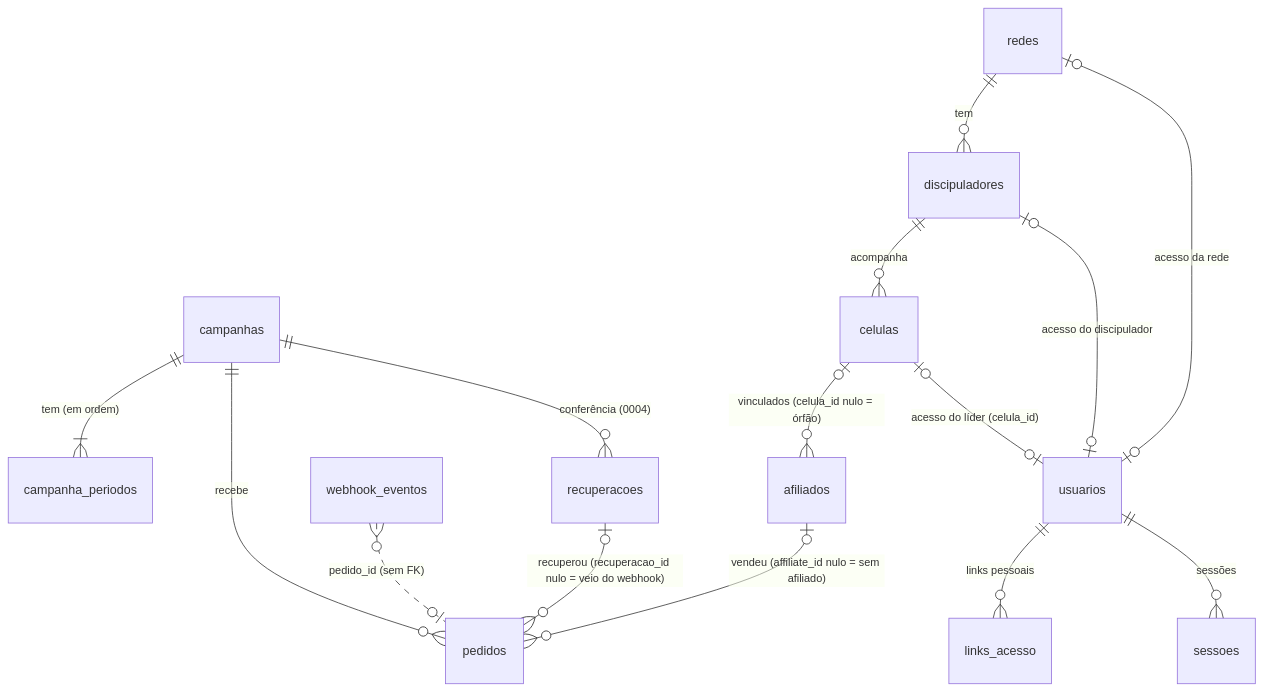
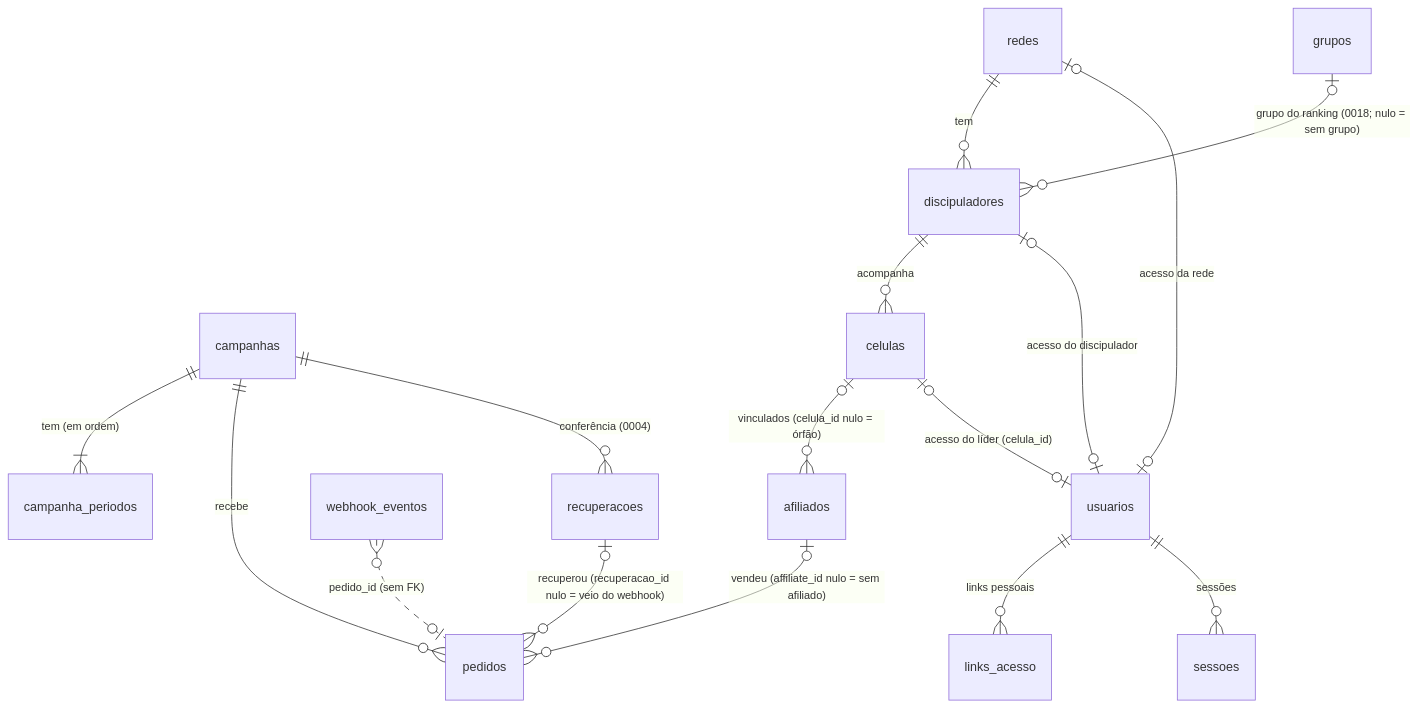
The diagram in docs/modelo-de-dados.md (othiagomadruga/rifa-videira-kids), drawn with Mermaid before and after one commit. The commit also changed other lines of this file and 3 other files, not shown here.

First line of the commit message:
RIFA-084: docs: D39, api.md, modelo-de-dados.md e frontend.md (grupo do discipulador e ranking por grupo)

````diff
--- a/docs/modelo-de-dados.md
+++ b/docs/modelo-de-dados.md
@@ -16,17 +16,18 @@
 ```mermaid
 erDiagram
   campanhas ||--|{ campanha_periodos : "tem (em ordem)"
   campanhas ||--o{ pedidos : "recebe"
   redes ||--o{ discipuladores : "tem"
   discipuladores ||--o{ celulas : "acompanha"
+  grupos |o--o{ discipuladores : "grupo do ranking (0018; nulo = sem grupo)"
   celulas |o--o{ afiliados : "vinculados (celula_id nulo = órfão)"
   afiliados |o--o{ pedidos : "vendeu (affiliate_id nulo = sem afiliado)"
   webhook_eventos }o..o| pedidos : "pedido_id (sem FK)"
   campanhas ||--o{ recuperacoes : "conferência (0004)"
   recuperacoes |o--o{ pedidos : "recuperou (recuperacao_id nulo = veio do webhook)"
   celulas |o--o| usuarios : "acesso do líder (celula_id)"
   discipuladores |o--o| usuarios : "acesso do discipulador"
   redes |o--o| usuarios : "acesso da rede"
   usuarios ||--o{ links_acesso : "links pessoais"
   usuarios ||--o{ sessoes : "sessões"
 ```
````
